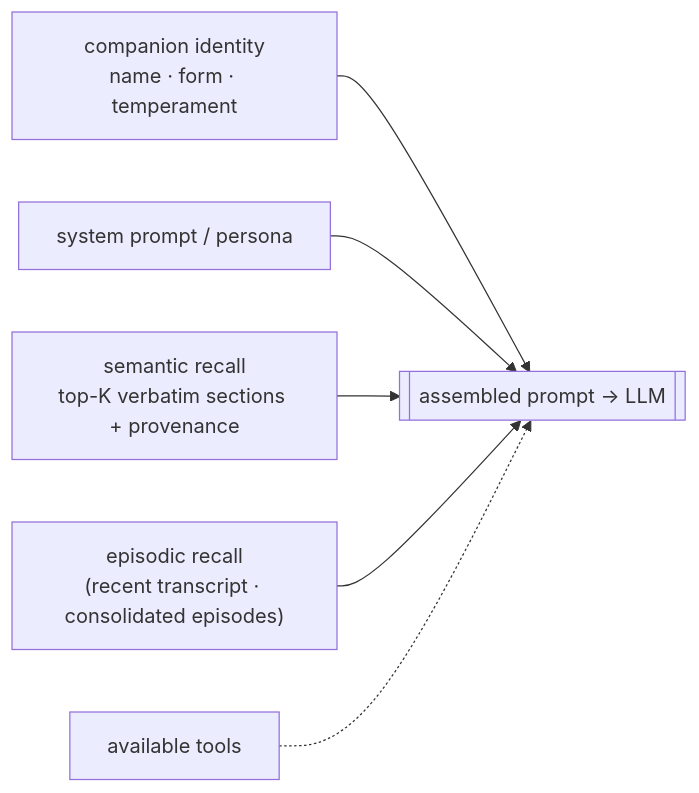
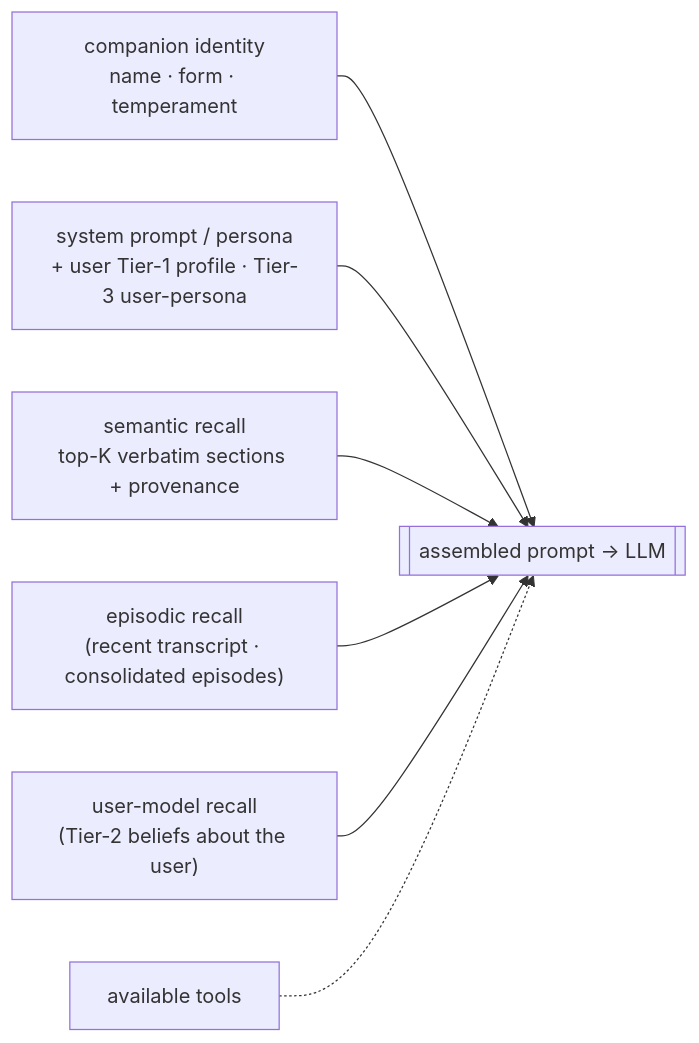
The fourth of 9 diagrams in docs/architecture.md (CobbleStamp/CobbleCompanion), drawn with Mermaid before and after one commit. The commit also changed other lines of this file and 6 other files, not shown here.

First line of the commit message:
docs(user-model): design the User-Model workstream across the doc set

````diff
--- a/docs/architecture.md
+++ b/docs/architecture.md
@@ -223,8 +226,9 @@
 ```mermaid
 flowchart LR
     ID["companion identity<br/>name · form · temperament"] --> P[["assembled prompt → LLM"]]
-    SYS["system prompt / persona"] --> P
+    SYS["system prompt / persona<br/>+ user Tier-1 profile · Tier-3 user-persona"] --> P
     SEM["semantic recall<br/>top-K verbatim sections + provenance"] --> P
     EPI["episodic recall<br/>(recent transcript · consolidated episodes)"] --> P
+    USR["user-model recall<br/>(Tier-2 beliefs about the user)"] --> P
     TOOLS["available tools"] -.-> P
 ```
````
